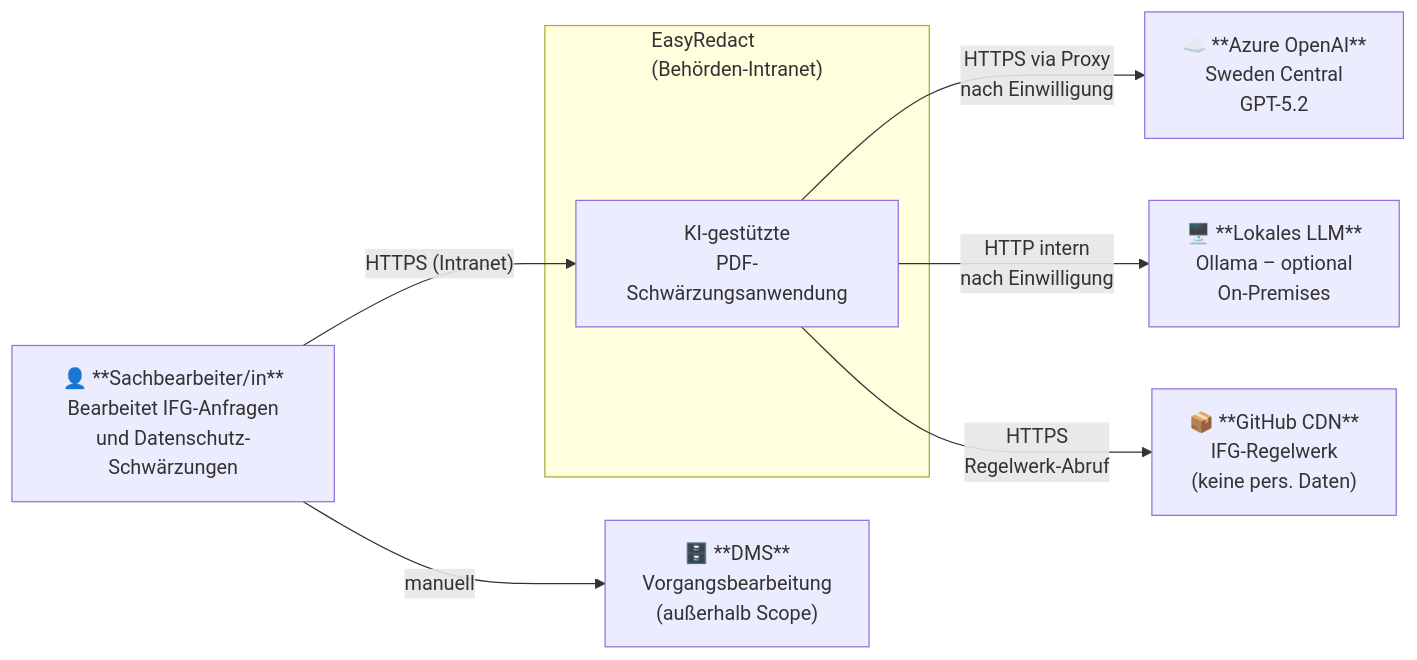
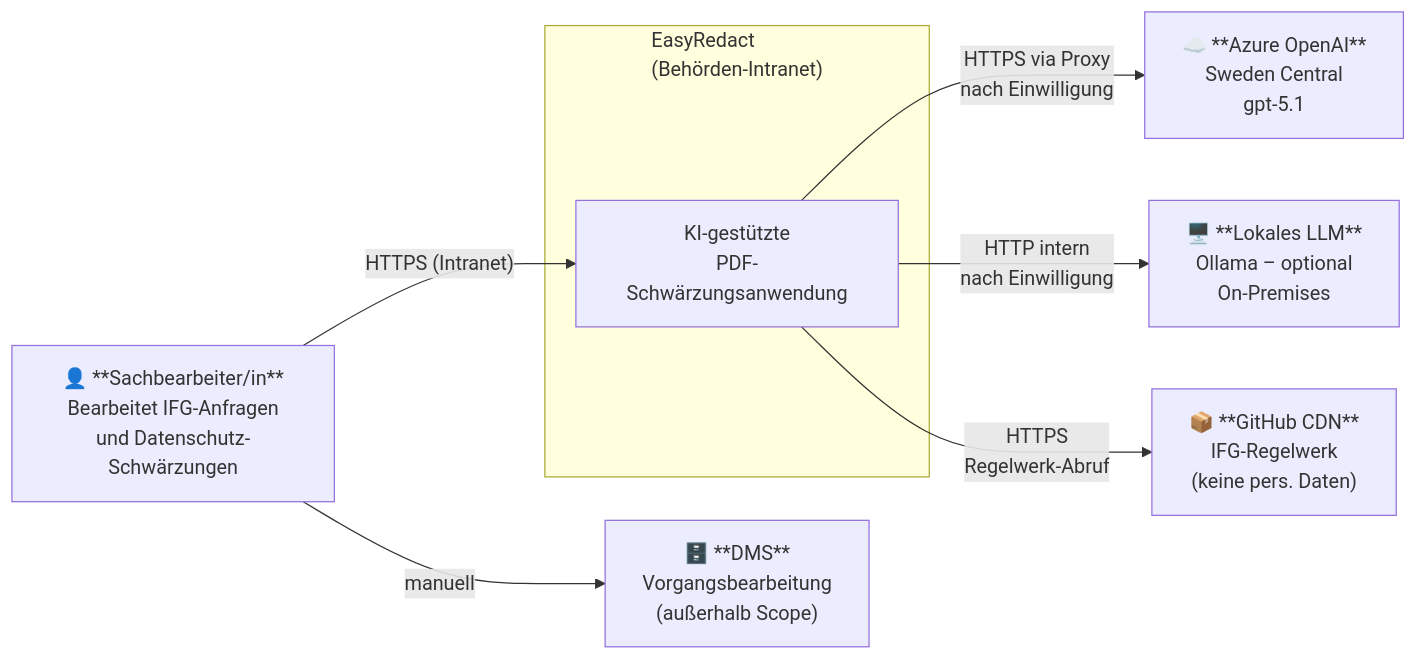
Before and after one commit to datenlabor-bmz/easy-redact: the first of 6 diagrams in docs/compliance/02_c4_architektur.md, drawn with Mermaid. The commit also changed other lines of this file and 5 other files, not shown here.

````diff
--- a/docs/compliance/02_c4_architektur.md
+++ b/docs/compliance/02_c4_architektur.md
@@ -14,19 +14,19 @@
 ```mermaid
 flowchart LR
     SB["👤 **Sachbearbeiter/in**\nBearbeitet IFG-Anfragen\nund Datenschutz-Schwärzungen"]
 
     subgraph ER["EasyRedact\n(Behörden-Intranet)"]
         APP["KI-gestützte\nPDF-Schwärzungsanwendung"]
     end
 
-    AZ["☁️ **Azure OpenAI**\nSweden Central\nGPT-5.2"]
+    AZ["☁️ **Azure OpenAI**\nSweden Central\ngpt-5.1"]
     LLM["🖥️ **Lokales LLM**\nOllama – optional\nOn-Premises"]
     GH["📦 **GitHub CDN**\nIFG-Regelwerk\n(keine pers. Daten)"]
     DMS["🗄️ **DMS**\nVorgangsbearbeitung\n(außerhalb Scope)"]
 
     SB -->|"HTTPS (Intranet)"| APP
     APP -->|"HTTPS via Proxy\nnach Einwilligung"| AZ
     APP -->|"HTTP intern\nnach Einwilligung"| LLM
     APP -->|"HTTPS\nRegelwerk-Abruf"| GH
     SB -->|"manuell"| DMS
 ```
````
